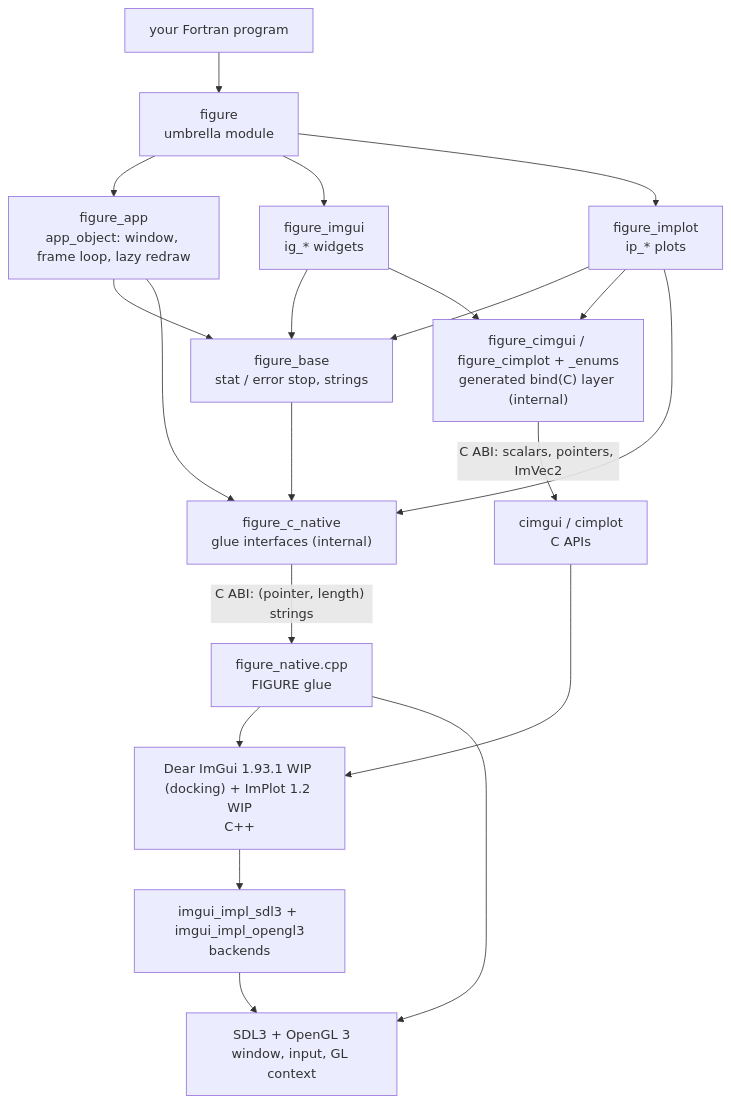
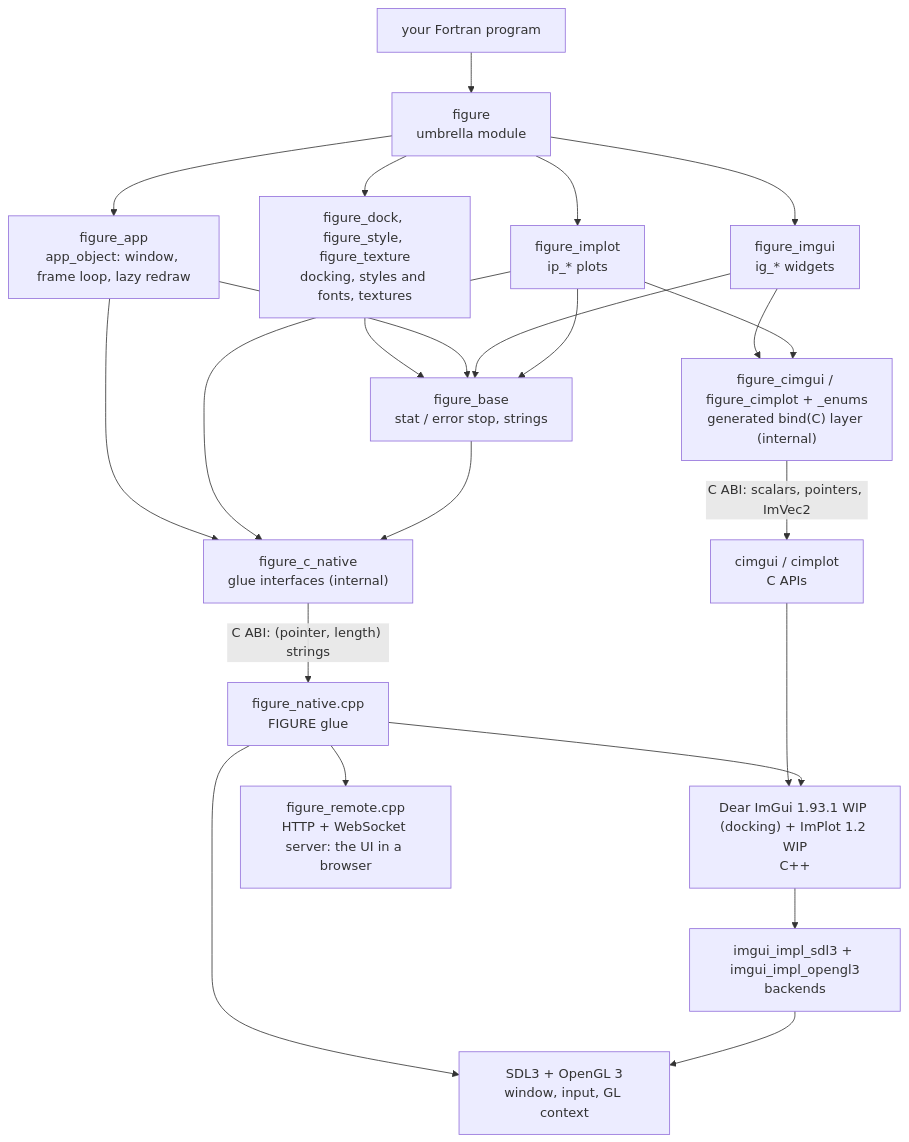
The first of 2 diagrams in docs/guide/architecture.md (szaghi/figure), drawn with Mermaid before and after one commit. The commit also changed other lines of this file and 17 other files, not shown here.

````diff
--- a/docs/guide/architecture.md
+++ b/docs/guide/architecture.md
@@ -7,22 +7,25 @@
 ```mermaid
 flowchart TD
     USER["your Fortran program"] --> FIG["figure<br/>umbrella module"]
     FIG --> APP["figure_app<br/>app_object: window, frame loop, lazy redraw"]
     FIG --> IG["figure_imgui<br/>ig_* widgets"]
     FIG --> IP["figure_implot<br/>ip_* plots"]
+    FIG --> MORE["figure_dock, figure_style, figure_texture<br/>docking, styles and fonts, textures"]
+    MORE --> BASE
     APP --> BASE["figure_base<br/>stat / error stop, strings"]
     IG --> BASE
     IP --> BASE
     APP --> RAW["figure_c_native<br/>glue interfaces (internal)"]
     IG --> GEN["figure_cimgui / figure_cimplot + _enums<br/>generated bind(C) layer (internal)"]
     IP --> GEN
     IP --> RAW
     BASE --> RAW
     GEN -->|"C ABI: scalars, pointers, ImVec2"| CIM["cimgui / cimplot<br/>C APIs"]
     RAW -->|"C ABI: (pointer, length) strings"| GLUE["figure_native.cpp<br/>FIGURE glue"]
     CIM --> CPP["Dear ImGui 1.93.1 WIP (docking) + ImPlot 1.2 WIP<br/>C++"]
     GLUE --> CPP
     GLUE --> SDL["SDL3 + OpenGL 3<br/>window, input, GL context"]
+    GLUE --> REMOTE["figure_remote.cpp<br/>HTTP + WebSocket server: the UI in a browser"]
     CPP --> BACK["imgui_impl_sdl3 + imgui_impl_opengl3<br/>backends"]
     BACK --> SDL
 ```
````
